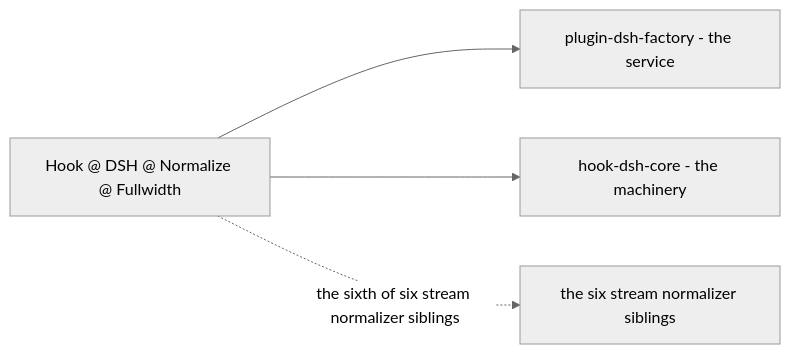
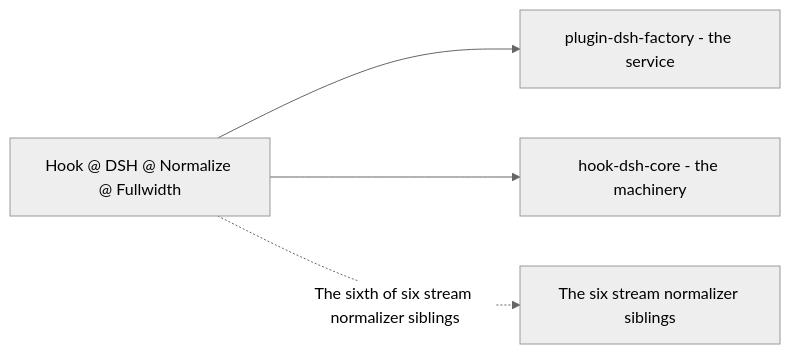
Before and after one commit to PlayForm/Site-DeepSeek: the diagram in Source/Content/Mermaid/fullwidth-family-position.mmd, drawn with Mermaid (neutral theme). The commit also changed 141 other files, not shown here.

```diff
--- a/Source/Content/Mermaid/fullwidth-family-position.mmd
+++ b/Source/Content/Mermaid/fullwidth-family-position.mmd
@@ -1,4 +1,4 @@
 flowchart LR
 	FULLWIDTH["Hook @ DSH @ Normalize @ Fullwidth"] --> FACTORY["plugin-dsh-factory - the service"]
 	FULLWIDTH --> CORE["hook-dsh-core - the machinery"]
-	FULLWIDTH -. "the sixth of six stream normalizer siblings" .-> SIB["the six stream normalizer siblings"]
+	FULLWIDTH -. "The sixth of six stream normalizer siblings" .-> SIB["The six stream normalizer siblings"]
```
